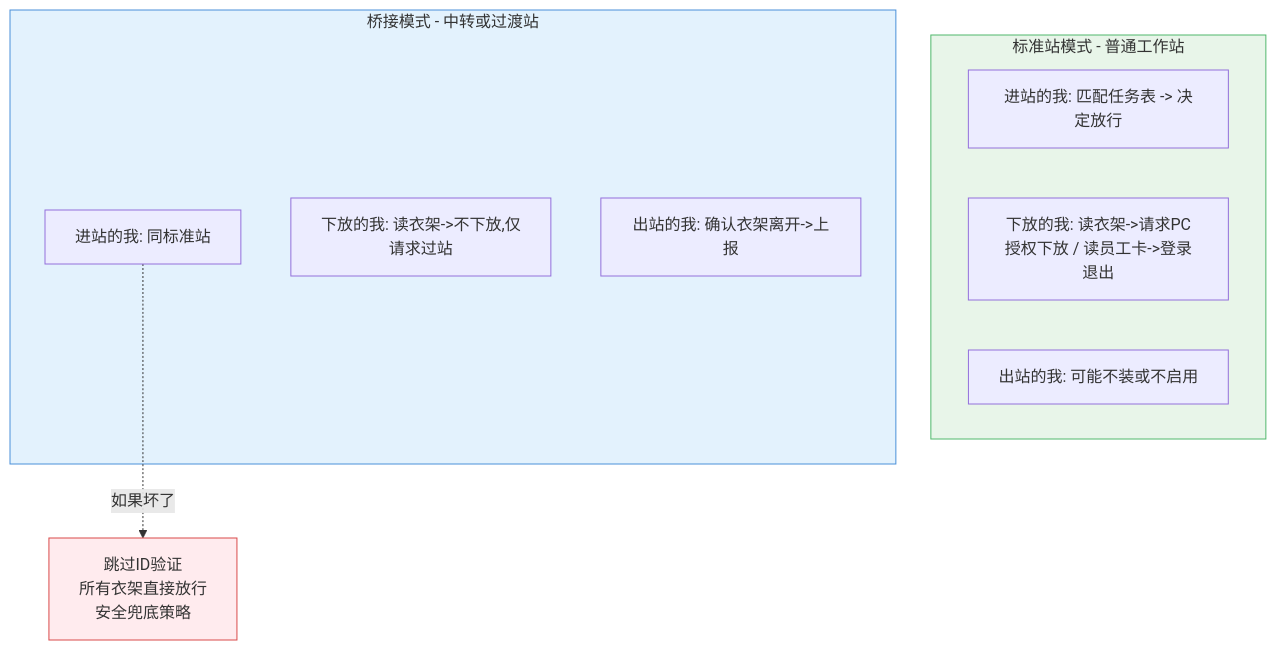
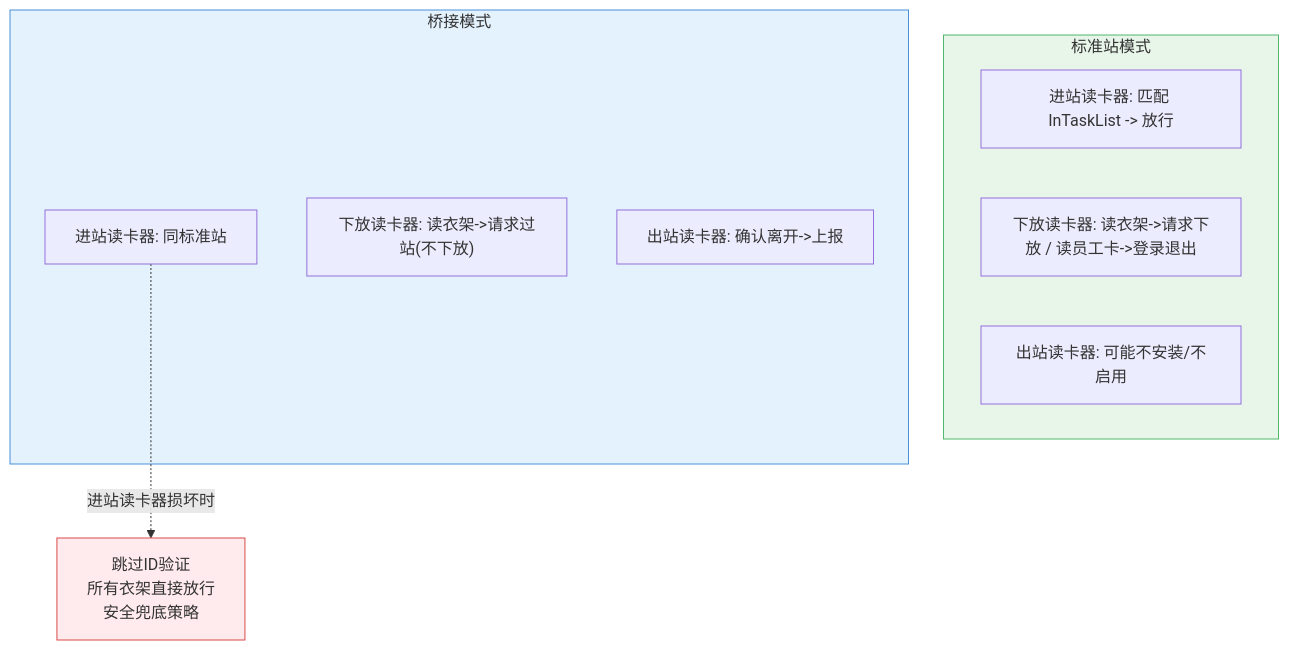
Before and after one commit to Siaiai/ObsidianNote: diagram 14 of 17 in 工作/SR3读卡器/260802SR3读卡器需求.md, drawn with Mermaid. The commit also changed other lines of this file, not shown here.

````diff
--- a/工作/SR3读卡器/260802SR3读卡器需求.md
+++ b/工作/SR3读卡器/260802SR3读卡器需求.md
@@ -449,20 +732,20 @@
 ```mermaid
 flowchart TD
-    subgraph Std[标准站模式 - 普通工作站]
-        Std_In[进站的我: 匹配任务表 -> 决定放行]
-        Std_Store[下放的我: 读衣架->请求PC授权下放 / 读员工卡->登录退出]
-        Std_Out[出站的我: 可能不装或不启用]
+    subgraph Std["标准站模式"]
+        StdIn["进站读卡器: 匹配 InTaskList -> 放行"]
+        StdStore["下放读卡器: 读衣架->请求下放 / 读员工卡->登录退出"]
+        StdOut["出站读卡器: 可能不安装/不启用"]
     end
 
-    subgraph Bridge[桥接模式 - 中转或过渡站]
-        Br_In[进站的我: 同标准站]
-        Br_Store[下放的我: 读衣架->不下放,仅请求过站]
-        Br_Out[出站的我: 确认衣架离开->上报]
+    subgraph Bridge["桥接模式"]
+        BrIn["进站读卡器: 同标准站"]
+        BrStore["下放读卡器: 读衣架->请求过站(不下放)"]
+        BrOut["出站读卡器: 确认离开->上报"]
     end
 
-    Br_In -.->|如果坏了| Fallback[跳过ID验证<br/>所有衣架直接放行<br/>安全兜底策略]
+    BrIn -.->|"进站读卡器损坏时"| Fallback["跳过ID验证<br/>所有衣架直接放行<br/>安全兜底策略"]
 
     style Std fill:#e8f5e9,stroke:#50B86C
     style Bridge fill:#e3f2fd,stroke:#4A90D9
     style Fallback fill:#ffebee,stroke:#D94A4A
 ```
````
